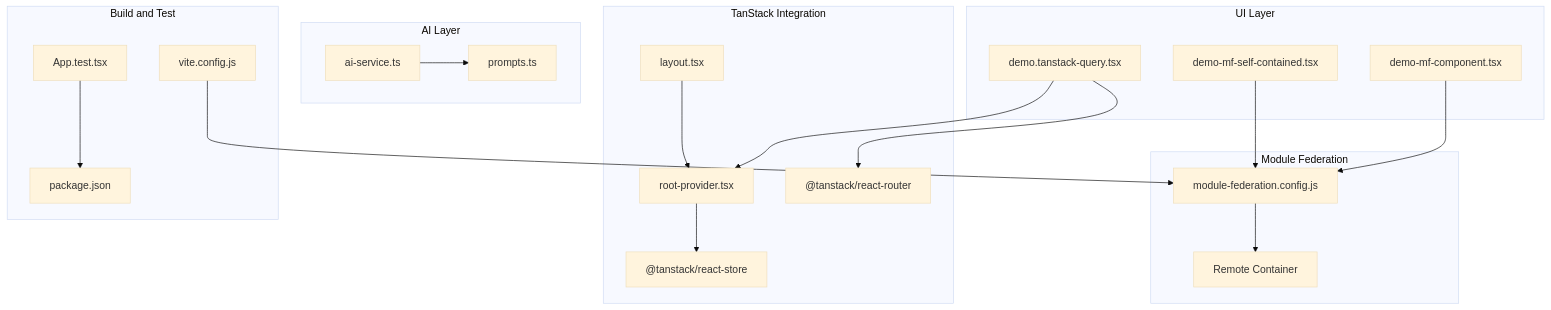
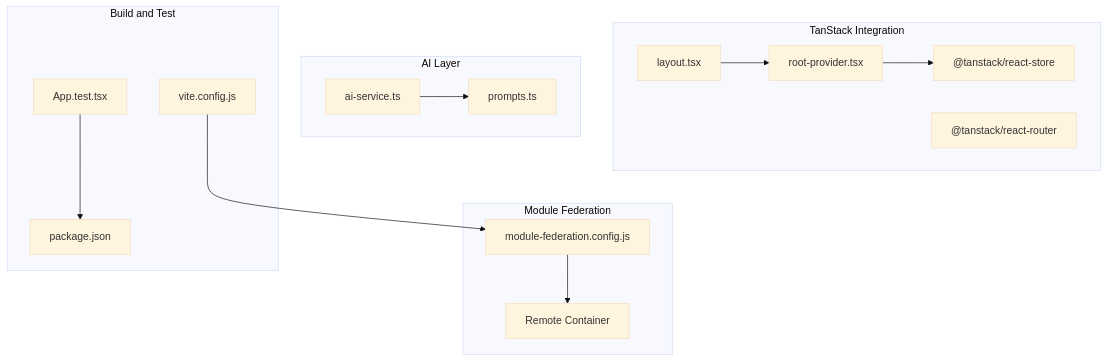
The second of 7 diagrams in .qoder/repowiki/en/content/Advanced Features/Advanced Features.md (DoVuDung/cv-portfolio-builder), drawn with Mermaid (base theme) before and after one commit. The commit also changed other lines of this file and 8 other files, not shown here.

````diff
--- a/.qoder/repowiki/en/content/Advanced Features/Advanced Features.md
+++ b/.qoder/repowiki/en/content/Advanced Features/Advanced Features.md
@@ -143,37 +137,28 @@
 ```mermaid
 graph TB
-subgraph "UI Layer"
-DEMO["demo.tanstack-query.tsx"]
-MF_COMP["demo-mf-component.tsx"]
-MF_SELF["demo-mf-self-contained.tsx"]
-end
 subgraph "TanStack Integration"
 QPROV["root-provider.tsx"]
 DEVTOOLS["layout.tsx"]
 STORE["@tanstack/react-store"]
 ROUTER["@tanstack/react-router"]
 end
 subgraph "Module Federation"
 MF_CFG["module-federation.config.js"]
 REMOTE["Remote Container"]
 end
 subgraph "AI Layer"
 AISVC["ai-service.ts"]
 PROMPTS["prompts.ts"]
 end
 subgraph "Build and Test"
 VCFG["vite.config.js"]
 PKG["package.json"]
 TEST["App.test.tsx"]
 end
-DEMO --> QPROV
-DEMO --> ROUTER
 QPROV --> STORE
 DEVTOOLS --> QPROV
-MF_COMP --> MF_CFG
-MF_SELF --> MF_CFG
 MF_CFG --> REMOTE
 AISVC --> PROMPTS
 VCFG --> MF_CFG
 TEST --> PKG
 ```
````
